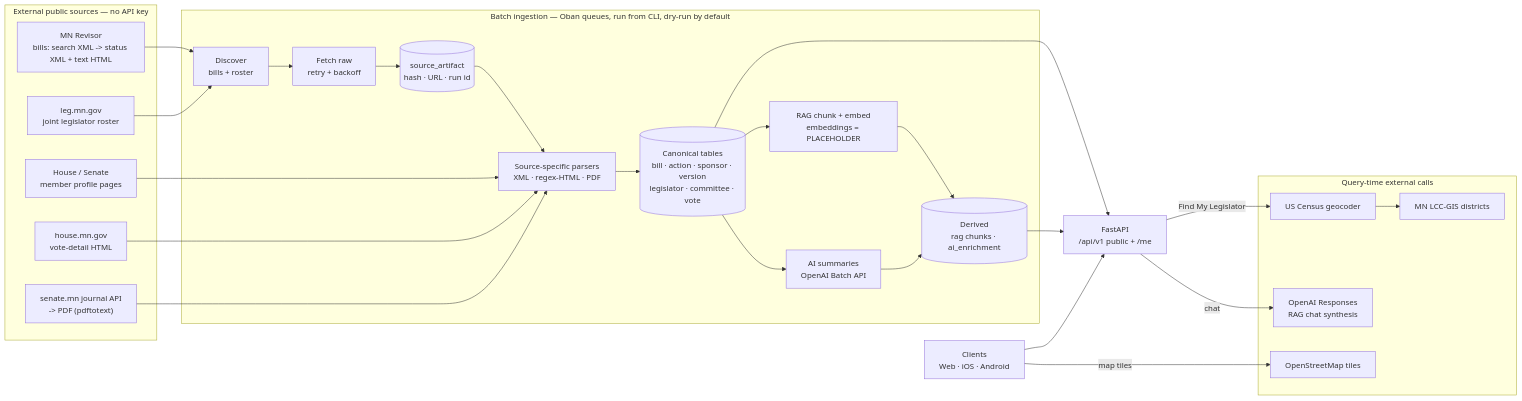
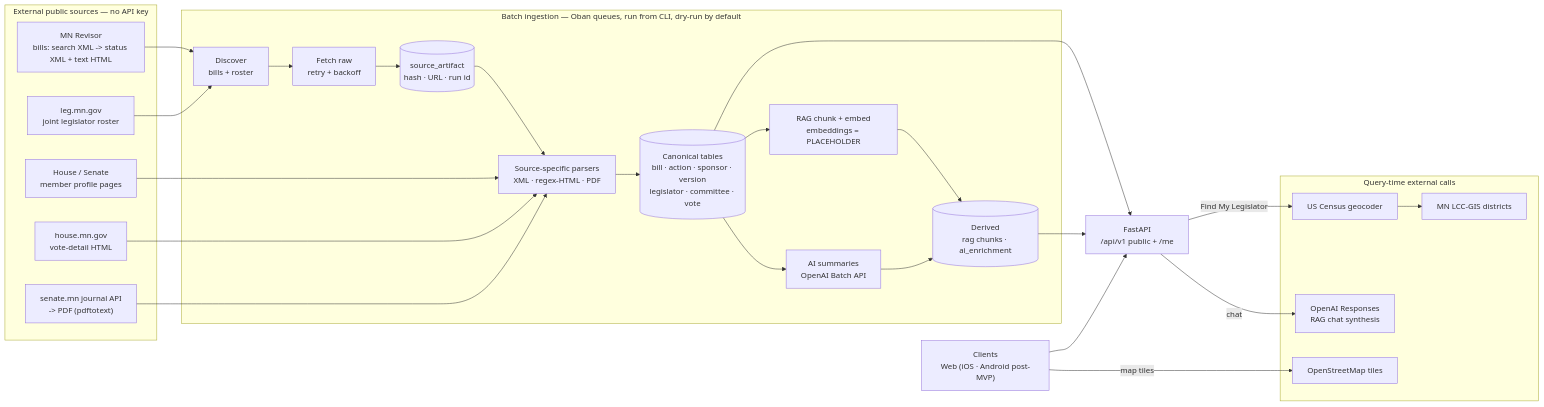
The diagram in docs/data-ingestion-onboarding.md (alethical-org/alethical), drawn with Mermaid before and after one commit. The commit also changed 9 other files, not shown here.

First line of the commit message:
docs: remove native iOS/Android from MVP scope (web-only), defer to post-MVP

````diff
--- a/docs/data-ingestion-onboarding.md
+++ b/docs/data-ingestion-onboarding.md
@@ -28,45 +28,45 @@
 ```mermaid
 flowchart LR
   subgraph SRC["External public sources — no API key"]
     REV["MN Revisor<br/>bills: search XML -> status XML + text HTML"]
     ROST["leg.mn.gov<br/>joint legislator roster"]
     PROF["House / Senate<br/>member profile pages"]
     HV["house.mn.gov<br/>vote-detail HTML"]
     SV["senate.mn journal API<br/>-> PDF (pdftotext)"]
   end
 
   subgraph PIPE["Batch ingestion — Oban queues, run from CLI, dry-run by default"]
     DISC["Discover<br/>bills + roster"]
     FETCH["Fetch raw<br/>retry + backoff"]
     ART[("source_artifact<br/>hash · URL · run id")]
     PARSE["Source-specific parsers<br/>XML · regex-HTML · PDF"]
     CANON[("Canonical tables<br/>bill · action · sponsor · version<br/>legislator · committee · vote")]
     RAG["RAG chunk + embed<br/>embeddings = PLACEHOLDER"]
     AIENR["AI summaries<br/>OpenAI Batch API"]
     DERIV[("Derived<br/>rag chunks · ai_enrichment")]
     DISC --> FETCH --> ART --> PARSE --> CANON
     CANON --> RAG --> DERIV
     CANON --> AIENR --> DERIV
   end
 
   REV --> DISC
   ROST --> DISC
   PROF --> PARSE
   HV --> PARSE
   SV --> PARSE
 
   CANON --> API["FastAPI<br/>/api/v1 public + /me"]
   DERIV --> API
 
   subgraph RT["Query-time external calls"]
     GEO["US Census geocoder"]
     GIS["MN LCC-GIS districts"]
     OAI["OpenAI Responses<br/>RAG chat synthesis"]
     OSM["OpenStreetMap tiles"]
   end
 
-  CL["Clients<br/>Web · iOS · Android"] --> API
+  CL["Clients<br/>Web (iOS · Android post-MVP)"] --> API
   API -->|"Find My Legislator"| GEO --> GIS
   API -->|"chat"| OAI
   CL -->|"map tiles"| OSM
 ```
````
